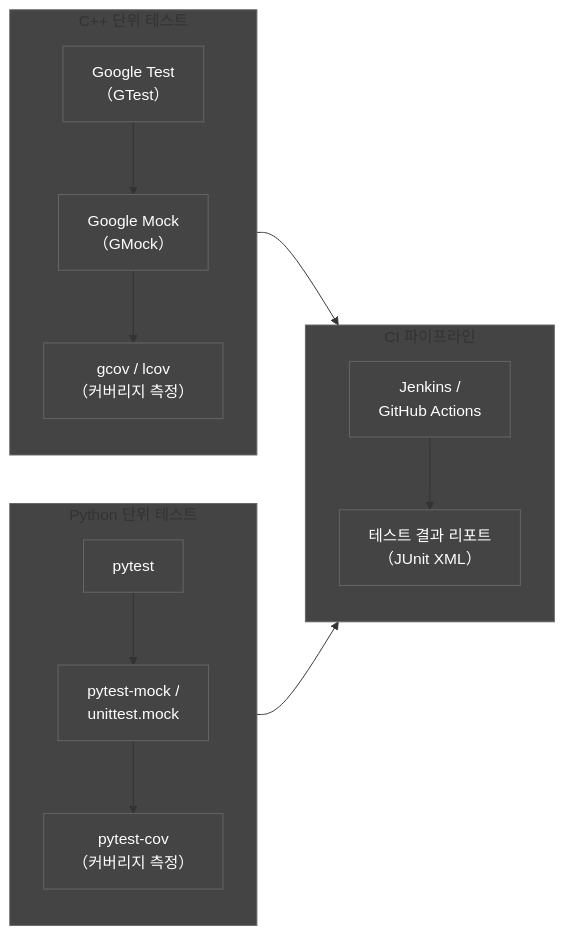
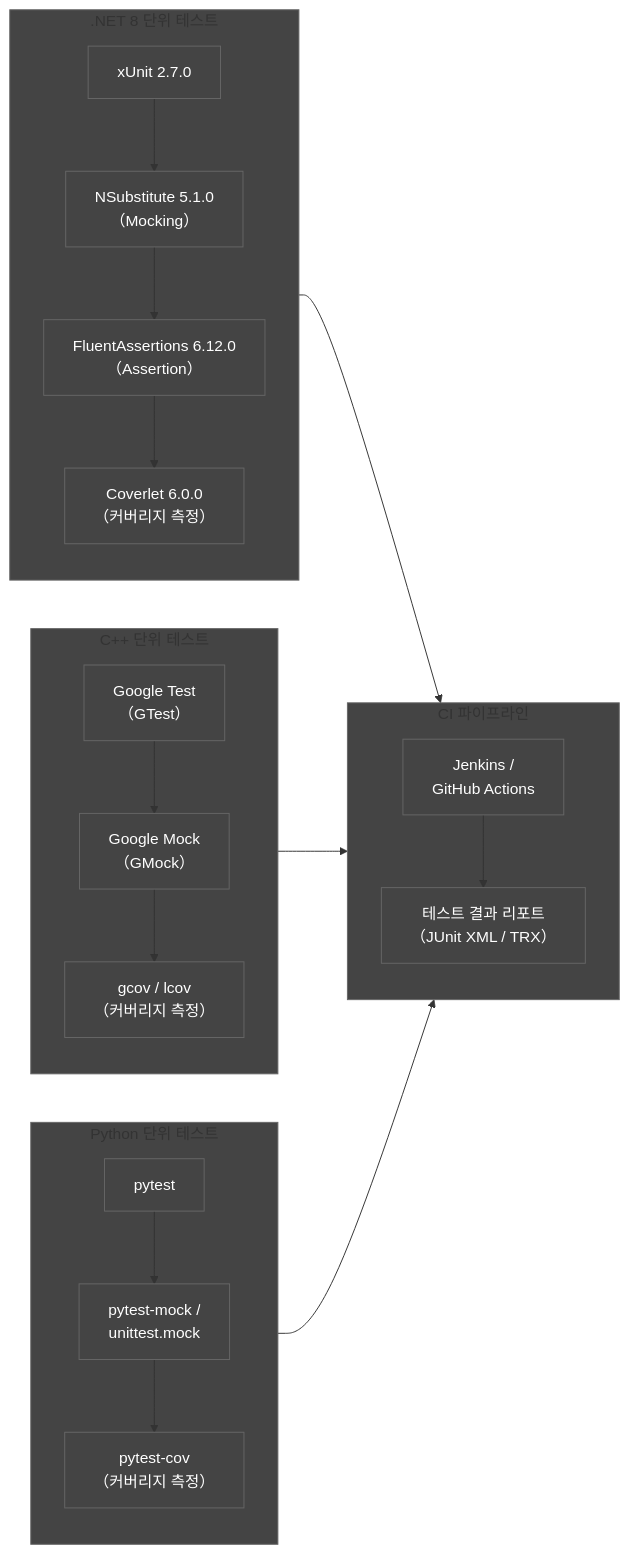
Before and after one commit to holee9/console-gui: the fourth of 11 diagrams in docs/verification/DOC-011_VV_Master_Plan_v1.0.md, drawn with Mermaid. The commit also changed other lines of this file and 8 other files, not shown here.

````diff
--- a/docs/verification/DOC-011_VV_Master_Plan_v1.0.md
+++ b/docs/verification/DOC-011_VV_Master_Plan_v1.0.md
@@ -295,32 +301,44 @@
 ```mermaid
 flowchart LR
     classDef default fill:#444,stroke:#666,color:#fff
+    subgraph DOTNET[".NET 8 단위 테스트"]
+        XU["xUnit 2.7.0"]
+        NS["NSubstitute 5.1.0\n（Mocking）"]
+        FA["FluentAssertions 6.12.0\n（Assertion）"]
+        CV["Coverlet 6.0.0\n（커버리지 측정）"]
+        XU --> NS
+        NS --> FA
+        FA --> CV
+    end
+
     subgraph CPP["C++ 단위 테스트"]
         GT["Google Test\n（GTest）"]
         GM["Google Mock\n（GMock）"]
         GC["gcov / lcov\n（커버리지 측정）"]
         GT --> GM
         GM --> GC
     end
 
     subgraph PY["Python 단위 테스트"]
         PT["pytest"]
         PMK["pytest-mock /\nunittest.mock"]
         COV["pytest-cov\n（커버리지 측정）"]
         PT --> PMK
         PMK --> COV
     end
 
     subgraph CI["CI 파이프라인"]
         JK["Jenkins /\nGitHub Actions"]
-        RP["테스트 결과 리포트\n（JUnit XML）"]
+        RP["테스트 결과 리포트\n（JUnit XML / TRX）"]
         JK --> RP
     end
 
+    DOTNET --> CI
     CPP --> CI
     PY --> CI
 
+    style DOTNET fill:#444,stroke:#666
     style CPP fill:#444,stroke:#666
     style PY fill:#444,stroke:#666
     style CI fill:#444,stroke:#666
 ```
````
